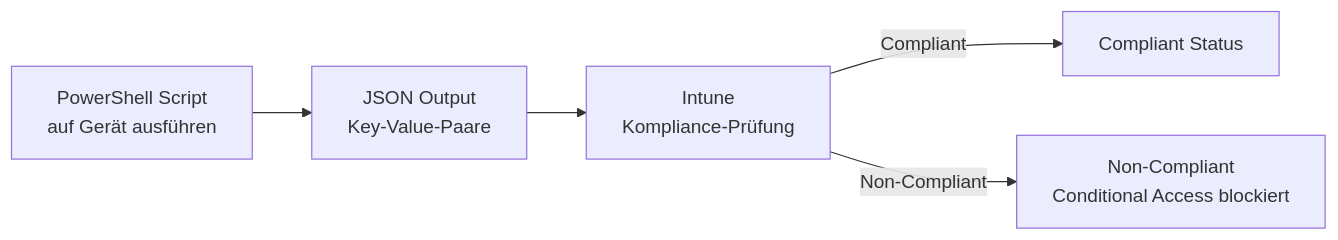
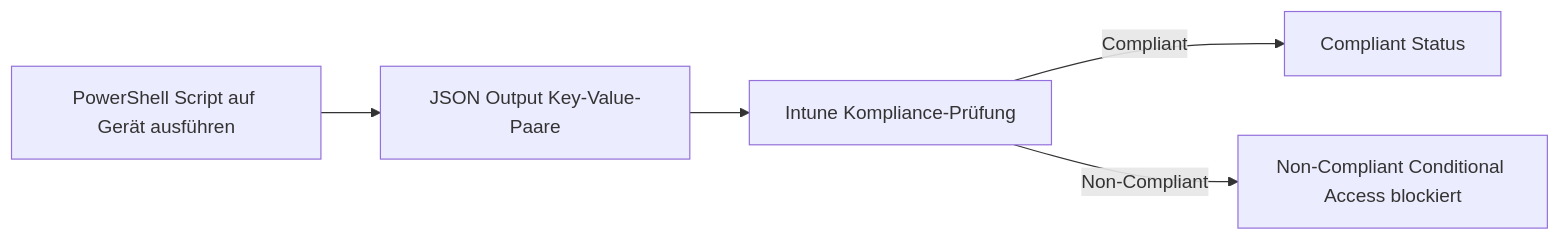
Before and after one commit to SoniiiT/notes-n-docs: the second of 3 diagrams in Microsoft 365/Intune Suite/Advanced Endpoint Analytics.md, drawn with Mermaid. The commit also changed other lines of this file and 124 other files, not shown here.

First line of the commit message:
fix: Entferne \n aus allen Mermaid-Diagrammen (125 Dateien)

````diff
--- a/Microsoft 365/Intune Suite/Advanced Endpoint Analytics.md
+++ b/Microsoft 365/Intune Suite/Advanced Endpoint Analytics.md
@@ -133,7 +133,7 @@
 ```mermaid
 graph LR
-    PS_SCRIPT[PowerShell Script\nauf Gerät ausführen] --> JSON_OUTPUT[JSON Output\nKey-Value-Paare]
-    JSON_OUTPUT --> INTUNE[Intune\nKompliance-Prüfung]
+    PS_SCRIPT[PowerShell Script auf Gerät ausführen] --> JSON_OUTPUT[JSON Output Key-Value-Paare]
+    JSON_OUTPUT --> INTUNE[Intune Kompliance-Prüfung]
     INTUNE -->|Compliant| GREEN[Compliant Status]
-    INTUNE -->|Non-Compliant| RED[Non-Compliant\nConditional Access blockiert]
+    INTUNE -->|Non-Compliant| RED[Non-Compliant Conditional Access blockiert]
 ```
````
